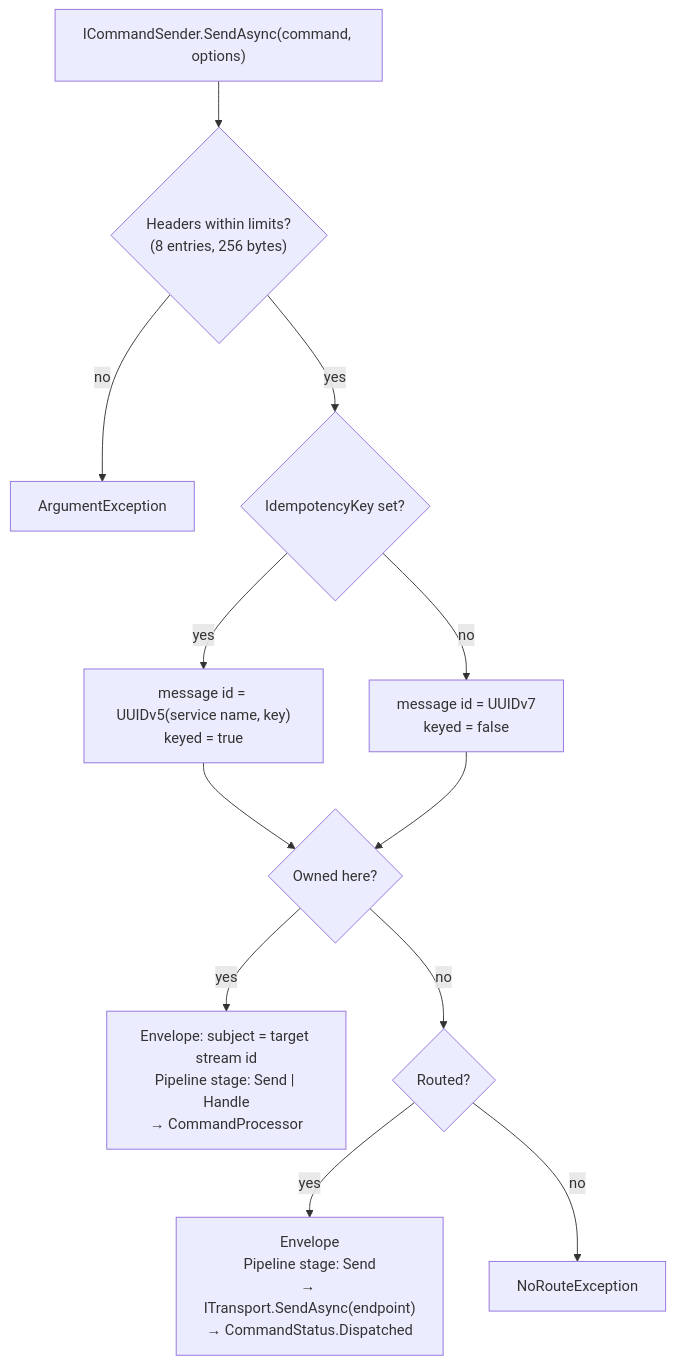
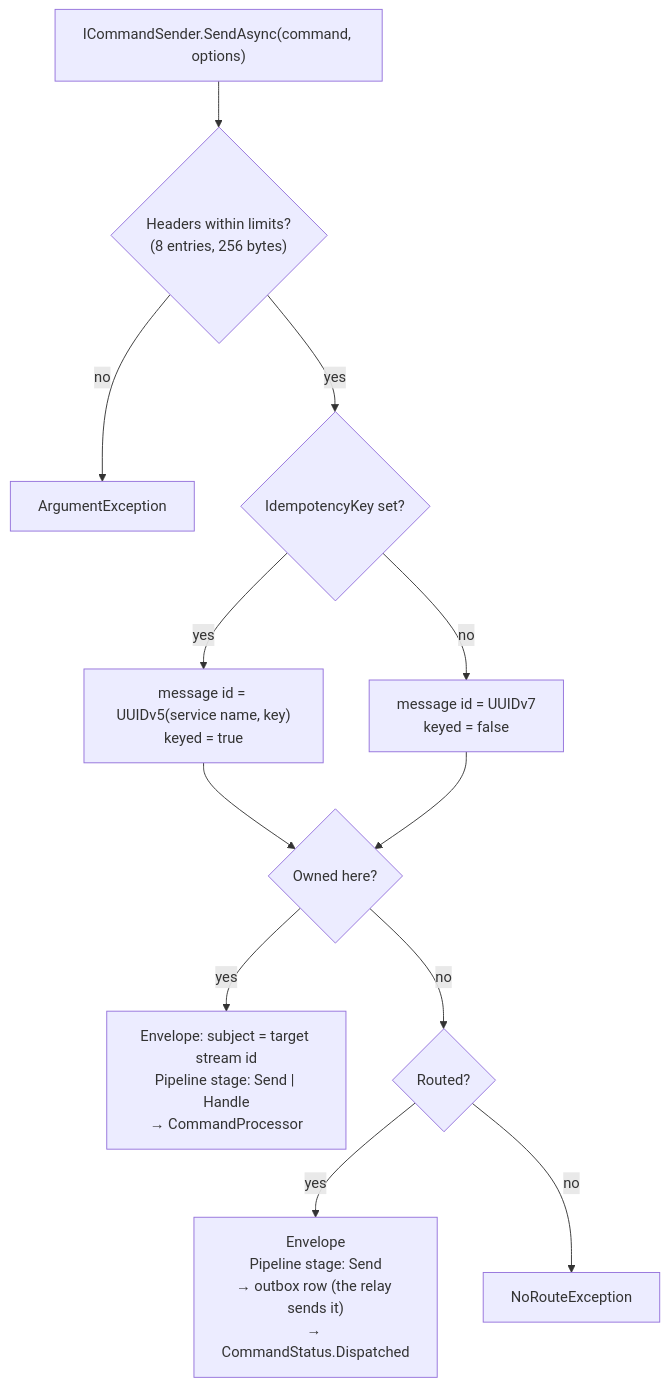
Before and after one commit to CodeShayk/SourceFlow.Net: the first of 5 diagrams in docs/v3.0.0/Documentation/Architecture/02-Command-Flow.md, drawn with Mermaid. The commit also changed other lines of this file and 17 other files, not shown here.

````diff
--- a/docs/v3.0.0/Documentation/Architecture/02-Command-Flow.md
+++ b/docs/v3.0.0/Documentation/Architecture/02-Command-Flow.md
@@ -34,14 +34,14 @@
 ```mermaid
 flowchart TD
     S["ICommandSender.SendAsync(command, options)"] --> H{"Headers within limits?<br/>(8 entries, 256 bytes)"}
     H -- no --> AE[ArgumentException]
     H -- yes --> K{"IdempotencyKey set?"}
     K -- yes --> ID1["message id = UUIDv5(service name, key)<br/>keyed = true"]
     K -- no --> ID2["message id = UUIDv7<br/>keyed = false"]
     ID1 --> O{Owned here?}
     ID2 --> O
     O -- yes --> L["Envelope: subject = target stream id<br/>Pipeline stage: Send | Handle<br/>→ CommandProcessor"]
     O -- no --> R{Routed?}
-    R -- yes --> RT["Envelope<br/>Pipeline stage: Send<br/>→ ITransport.SendAsync(endpoint)<br/>→ CommandStatus.Dispatched"]
+    R -- yes --> RT["Envelope<br/>Pipeline stage: Send<br/>→ outbox row (the relay sends it)<br/>→ CommandStatus.Dispatched"]
     R -- no --> NR[NoRouteException]
 ```
````
